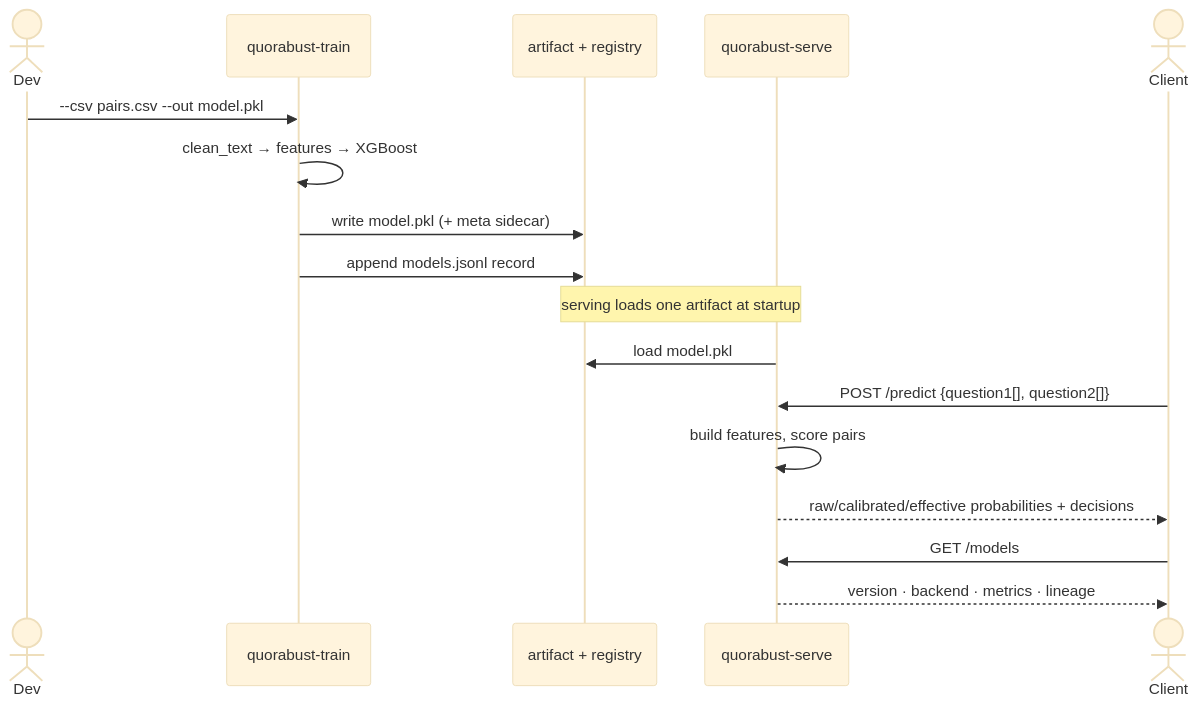
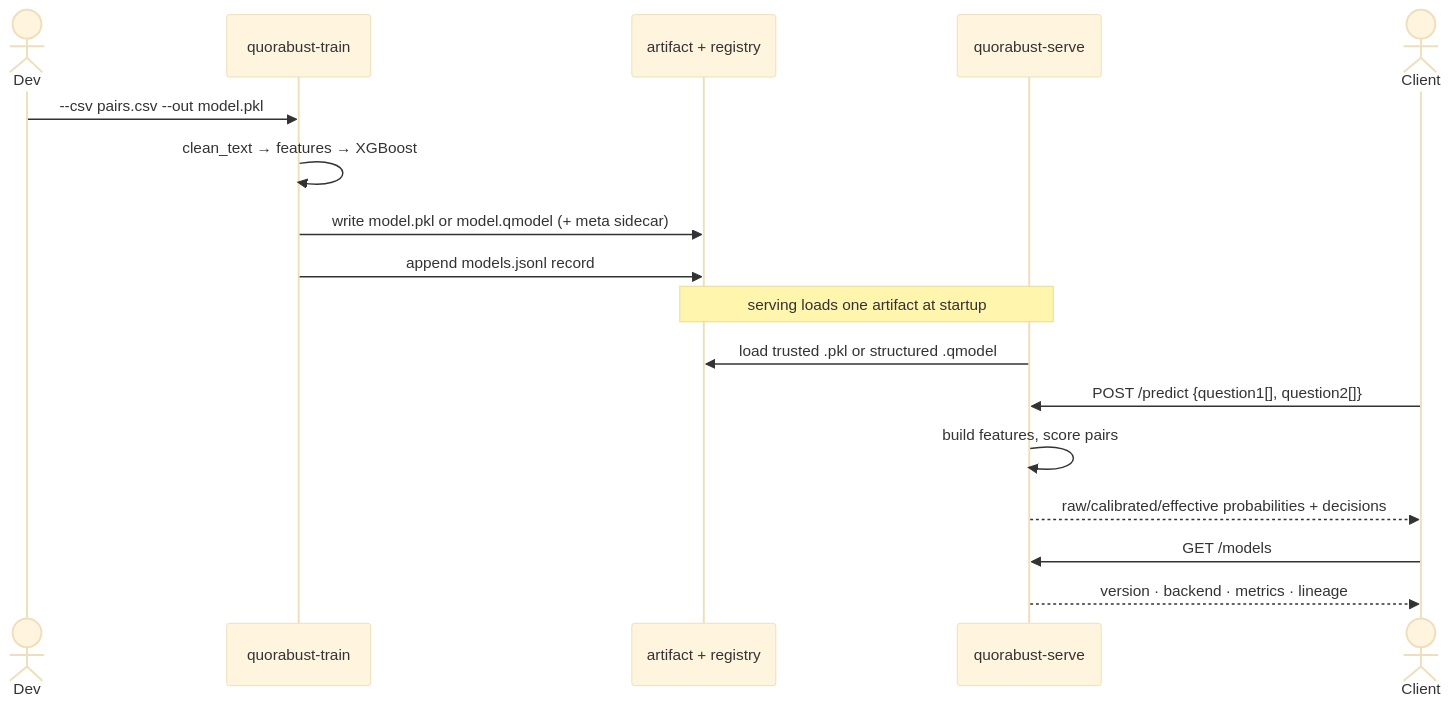
Before and after one commit to AlisinaDevelo/Quorabust: the third of 4 diagrams in docs/ARCHITECTURE.md, drawn with Mermaid (base theme). The commit also changed other lines of this file and 5 other files, not shown here.

````diff
--- a/docs/ARCHITECTURE.md
+++ b/docs/ARCHITECTURE.md
@@ -52,20 +52,20 @@
 ```mermaid
 sequenceDiagram
   actor Dev
   participant Train as quorabust-train
   participant FS as artifact + registry
   participant API as quorabust-serve
   actor Client
 
   Dev->>Train: --csv pairs.csv --out model.pkl
   Train->>Train: clean_text → features → XGBoost
-  Train->>FS: write model.pkl (+ meta sidecar)
+  Train->>FS: write model.pkl or model.qmodel (+ meta sidecar)
   Train->>FS: append models.jsonl record
   Note over API,FS: serving loads one artifact at startup
-  API->>FS: load model.pkl
+  API->>FS: load trusted .pkl or structured .qmodel
   Client->>API: POST /predict {question1[], question2[]}
   API->>API: build features, score pairs
   API-->>Client: raw/calibrated/effective probabilities + decisions
   Client->>API: GET /models
   API-->>Client: version · backend · metrics · lineage
 ```
````
